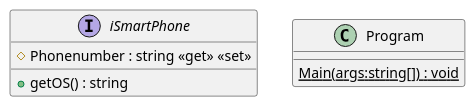
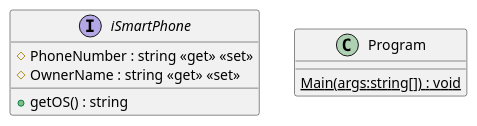
The diagram in Aufgabe_3/main.puml (galinarudollf/SoftwareentwicklungSoSe2020_Aufgabe_04), drawn with PlantUML before and after one commit.

Commit message:
Add new plantUML file

```diff
--- a/Aufgabe_3/main.puml
+++ b/Aufgabe_3/main.puml
@@ -1,9 +1,10 @@
 @startuml
 interface iSmartPhone {
-    # Phonenumber : string <<get>> <<set>>
+    # PhoneNumber : string <<get>> <<set>>
+    # OwnerName : string <<get>> <<set>>
     + getOS() : string
 }
 class Program {
     {static} Main(args:string[]) : void
 }
 @enduml
```
